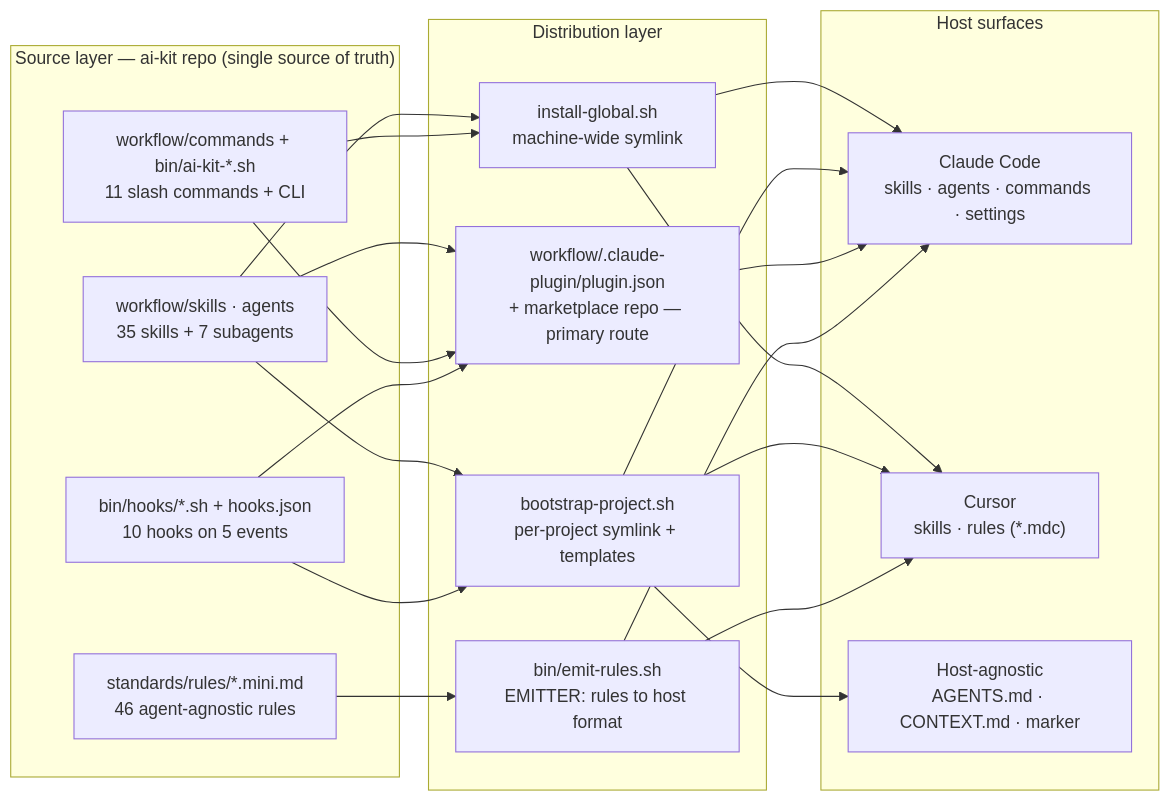
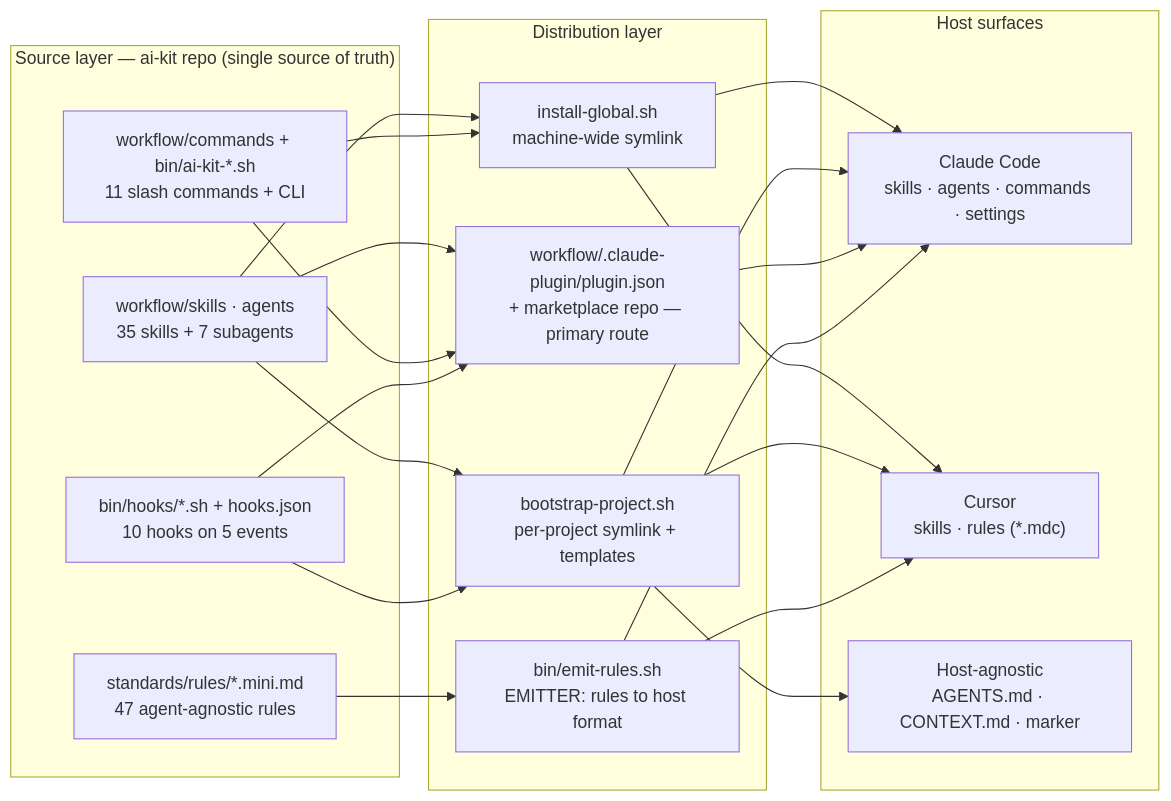
One commit to yusufkaracaburun/ai-kit changed the first of 2 diagrams in docs/diagrams.md. Above: the diagram before and after it, drawn with Mermaid. The commit also changed 19 other files, not shown here.

````diff
--- a/docs/diagrams.md
+++ b/docs/diagrams.md
@@ -10,32 +10,32 @@
 ```mermaid
 flowchart LR
   subgraph SRC["Source layer — ai-kit repo (single source of truth)"]
     SA["workflow/skills · agents<br/>35 skills + 7 subagents"]
     CB["workflow/commands + bin/ai-kit-*.sh<br/>11 slash commands + CLI"]
     H["bin/hooks/*.sh + hooks.json<br/>10 hooks on 5 events"]
-    R["standards/rules/*.mini.md<br/>46 agent-agnostic rules"]
+    R["standards/rules/*.mini.md<br/>47 agent-agnostic rules"]
   end
 
   subgraph DIST["Distribution layer"]
     IG["install-global.sh<br/>machine-wide symlink"]
     PL["workflow/.claude-plugin/plugin.json<br/>+ marketplace repo — primary route"]
     BP["bootstrap-project.sh<br/>per-project symlink + templates"]
     ER["bin/emit-rules.sh<br/>EMITTER: rules to host format"]
   end
 
   subgraph HOSTS["Host surfaces"]
     CC["Claude Code<br/>skills · agents · commands · settings"]
     CU["Cursor<br/>skills · rules (*.mdc)"]
     HA["Host-agnostic<br/>AGENTS.md · CONTEXT.md · marker"]
   end
 
   SA --> IG & BP & PL
   CB --> IG & PL
   H --> PL & BP
   R --> ER
 
   IG --> CC & CU
   BP --> CC & CU & HA
   PL --> CC
   ER --> CU & CC
 ```
````
